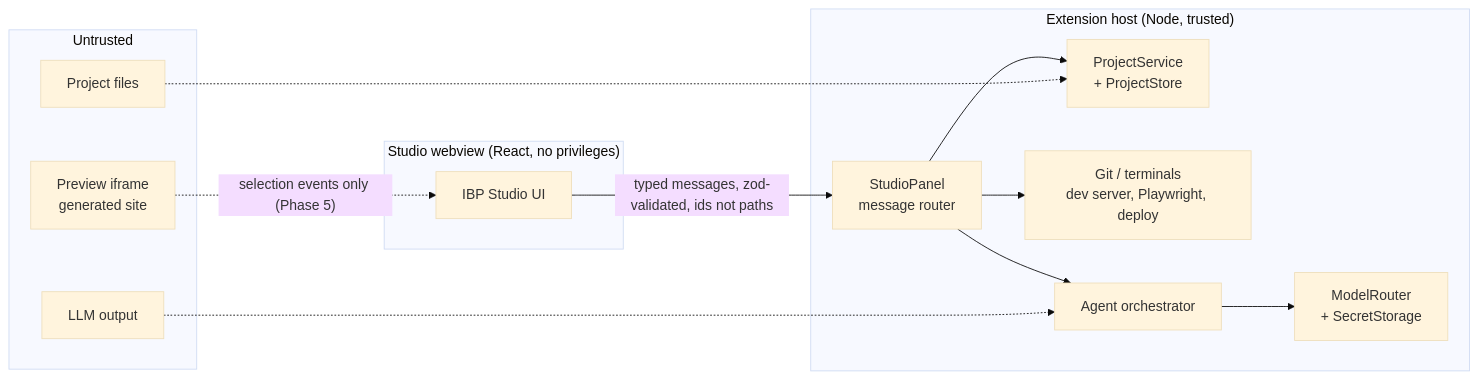
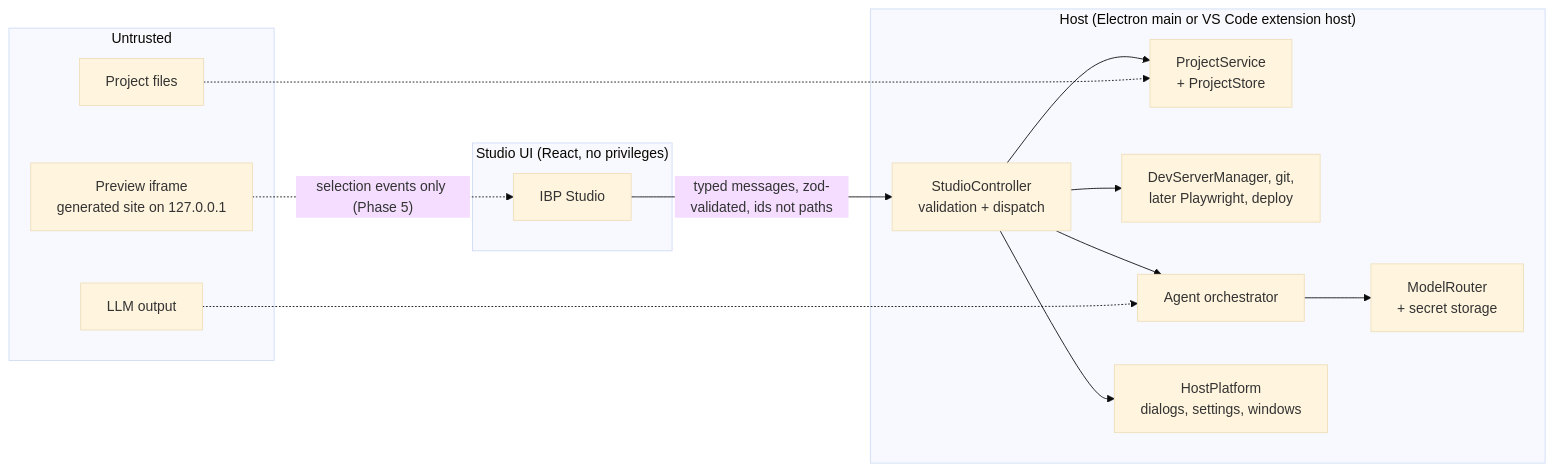
One commit to vvitorr/IBP changed the diagram in docs/architecture/overview.md. Above: the diagram before and after it, drawn with Mermaid (base theme). The commit also changed other lines of this file and 76 other files, not shown here.

First line of the commit message:
feat: add Electron desktop app, Next.js template and live preview

````diff
--- a/docs/architecture/overview.md
+++ b/docs/architecture/overview.md
@@ -19,24 +26,25 @@
 ```mermaid
 flowchart LR
-  subgraph Trusted["Extension host (Node, trusted)"]
-    Studio[StudioPanel<br/>message router]
+  subgraph Trusted["Host (Electron main or VS Code extension host)"]
+    Controller[StudioController<br/>validation + dispatch]
     Projects[ProjectService<br/>+ ProjectStore]
-    Runtime[Git / terminals<br/>dev server, Playwright, deploy]
-    Models[ModelRouter<br/>+ SecretStorage]
+    Runtime[DevServerManager, git,<br/>later Playwright, deploy]
+    Models[ModelRouter<br/>+ secret storage]
     Agent[Agent orchestrator]
+    Platform[HostPlatform<br/>dialogs, settings, windows]
   end
-  subgraph UI["Studio webview (React, no privileges)"]
-    Webview[IBP Studio UI]
+  subgraph UI["Studio UI (React, no privileges)"]
+    Webview[IBP Studio]
   end
   subgraph Untrusted["Untrusted"]
-    Preview[Preview iframe<br/>generated site]
+    Preview[Preview iframe<br/>generated site on 127.0.0.1]
     LLM[LLM output]
     Files[Project files]
   end
-  Webview -- "typed messages, zod-validated, ids not paths" --> Studio
-  Studio --> Projects & Runtime & Agent
+  Webview -- "typed messages, zod-validated, ids not paths" --> Controller
+  Controller --> Projects & Runtime & Agent & Platform
   Agent --> Models
   Preview -. "selection events only (Phase 5)" .-> Webview
   LLM -.-> Agent
   Files -.-> Projects
 ```
````
